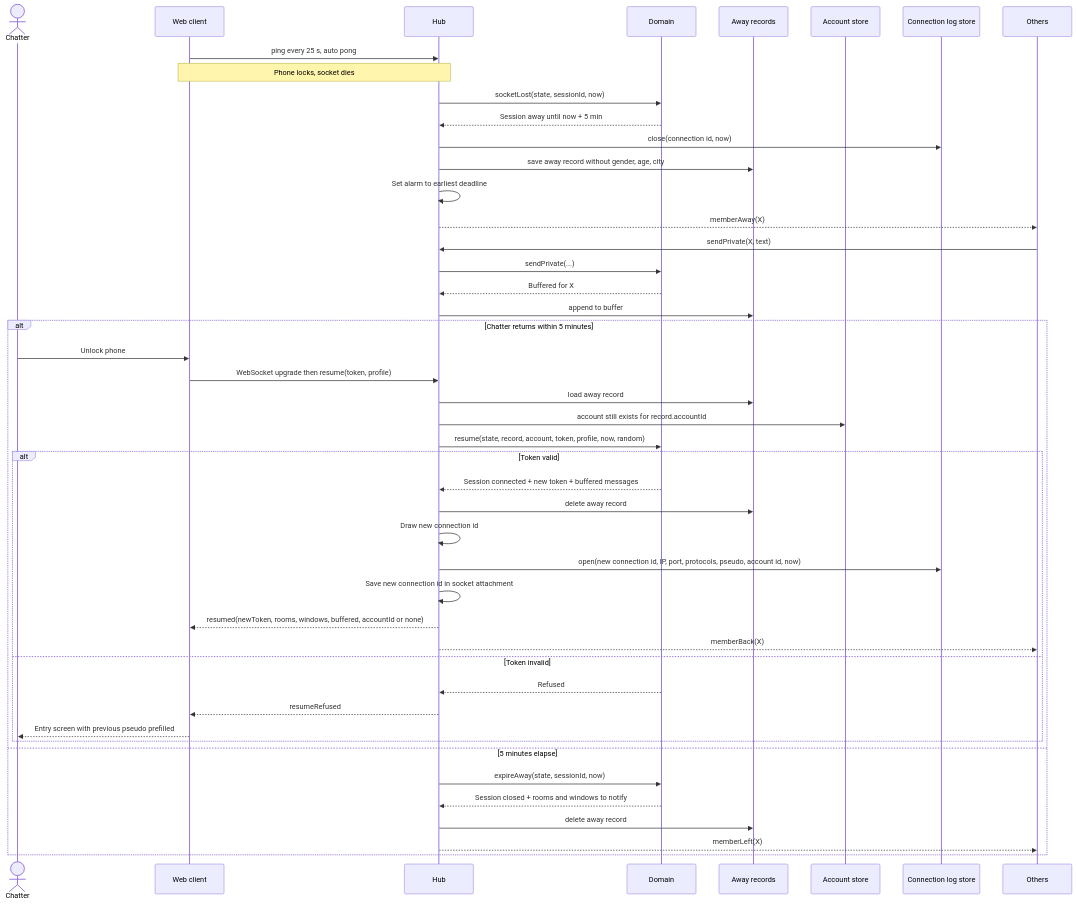
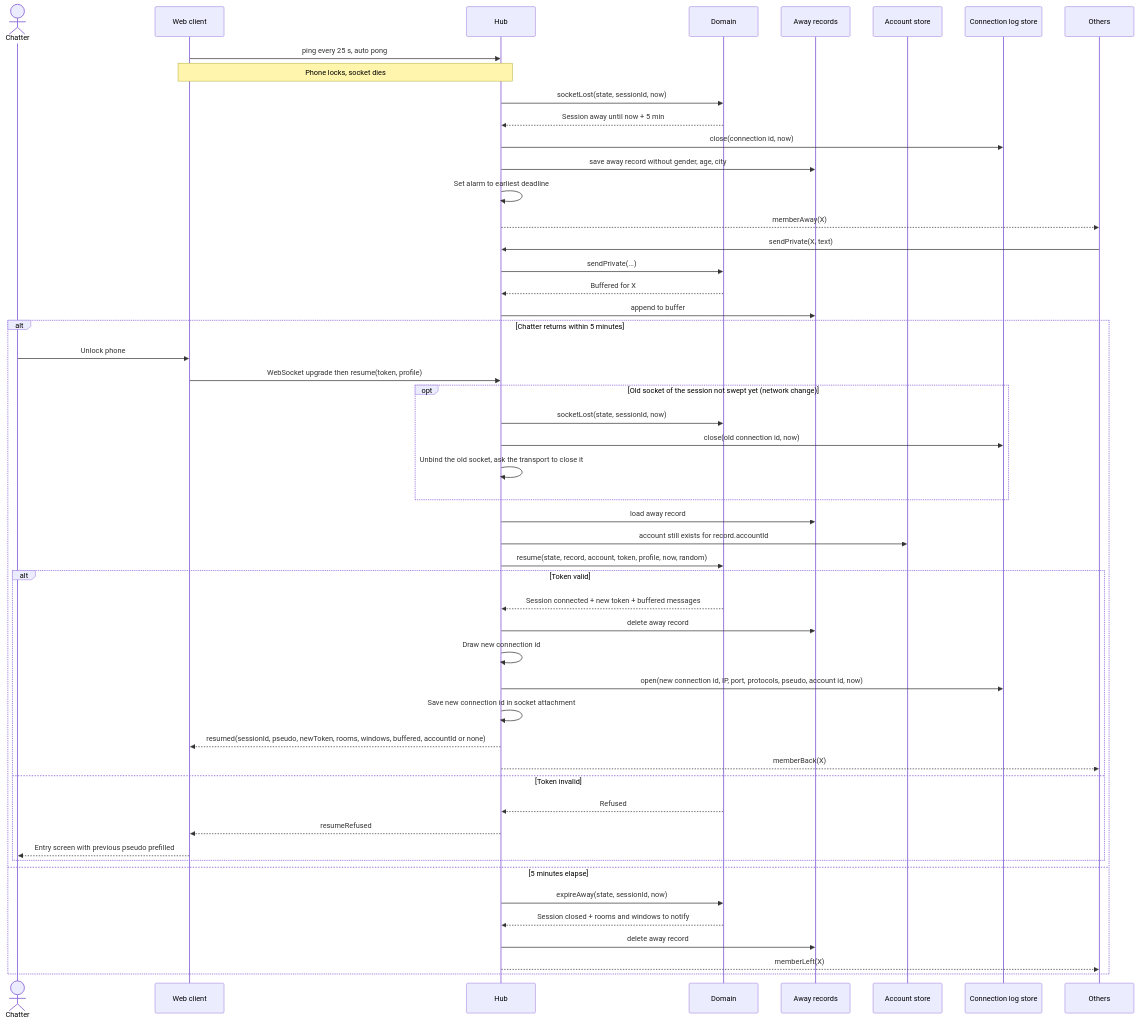
The diagram in docs/architecture/diagrams/entry/02b-sequence-resume-after-disconnect.md (benoit-bremaud/asv), drawn with Mermaid before and after one commit. The commit also changed other lines of this file and 55 other files, not shown here.

First line of the commit message:
feat(transport): brick 7a — Node WebSocket transport, hub and retro web UI (#22)

````diff
--- a/docs/architecture/diagrams/entry/02b-sequence-resume-after-disconnect.md
+++ b/docs/architecture/diagrams/entry/02b-sequence-resume-after-disconnect.md
@@ -15,48 +15,53 @@
 ```mermaid
 sequenceDiagram
   actor C as Chatter
   participant W as Web client
   participant H as Hub
   participant D as Domain
   participant AS as Away records
   participant ACC as Account store
   participant LS as Connection log store
   participant O as Others
   W->>H: ping every 25 s, auto pong
   Note over W,H: Phone locks, socket dies
   H->>D: socketLost(state, sessionId, now)
   D-->>H: Session away until now + 5 min
   H->>LS: close(connection id, now)
   H->>AS: save away record without gender, age, city
   H->>H: Set alarm to earliest deadline
   H-->>O: memberAway(X)
   O->>H: sendPrivate(X, text)
   H->>D: sendPrivate(...)
   D-->>H: Buffered for X
   H->>AS: append to buffer
   alt Chatter returns within 5 minutes
     C->>W: Unlock phone
     W->>H: WebSocket upgrade then resume(token, profile)
+    opt Old socket of the session not swept yet (network change)
+      H->>D: socketLost(state, sessionId, now)
+      H->>LS: close(old connection id, now)
+      H->>H: Unbind the old socket, ask the transport to close it
+    end
     H->>AS: load away record
     H->>ACC: account still exists for record.accountId
     H->>D: resume(state, record, account, token, profile, now, random)
     alt Token valid
       D-->>H: Session connected + new token + buffered messages
       H->>AS: delete away record
       H->>H: Draw new connection id
       H->>LS: open(new connection id, IP, port, protocols, pseudo, account id, now)
       H->>H: Save new connection id in socket attachment
-      H-->>W: resumed(newToken, rooms, windows, buffered, accountId or none)
+      H-->>W: resumed(sessionId, pseudo, newToken, rooms, windows, buffered, accountId or none)
       H-->>O: memberBack(X)
     else Token invalid
       D-->>H: Refused
       H-->>W: resumeRefused
       W-->>C: Entry screen with previous pseudo prefilled
     end
   else 5 minutes elapse
     H->>D: expireAway(state, sessionId, now)
     D-->>H: Session closed + rooms and windows to notify
     H->>AS: delete away record
     H-->>O: memberLeft(X)
   end
 ```
````
